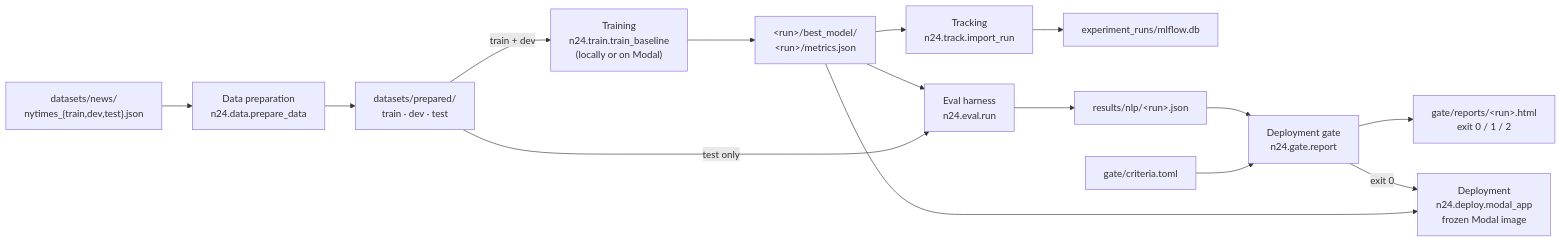
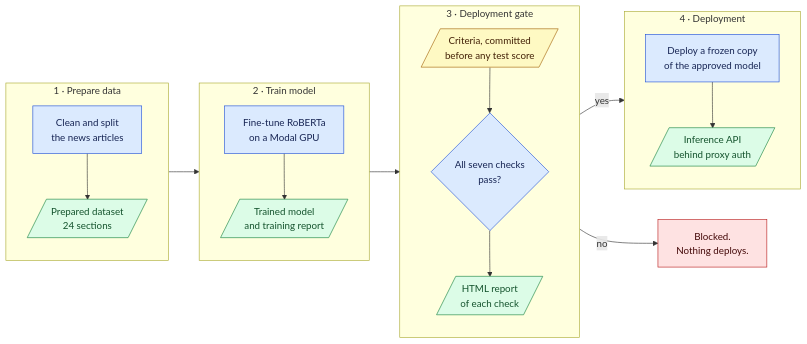
The diagram in README.md (gvkannan-explore/MultiLabel_N24), drawn with Mermaid before and after one commit. The commit also changed other lines of this file and 3 other files, not shown here.

First line of the commit message:
Add an executive pipeline diagram and a system diagram

````diff
--- a/README.md
+++ b/README.md
@@ -11,17 +17,33 @@
 ```mermaid
 flowchart LR
-    raw["datasets/news/<br/>nytimes_{train,dev,test}.json"] --> prep["Data preparation<br/>n24.data.prepare_data"]
-    prep --> prepared["datasets/prepared/<br/>train · dev · test"]
-    prepared -- "train + dev" --> train["Training<br/>n24.train.train_baseline<br/>(locally or on Modal)"]
-    train --> run["&lt;run&gt;/best_model/<br/>&lt;run&gt;/metrics.json"]
-    run --> track["Tracking<br/>n24.track.import_run"]
-    track --> mlflow["experiment_runs/mlflow.db"]
-    run --> eval["Eval harness<br/>n24.eval.run"]
-    prepared -- "test only" --> eval
-    eval --> results["results/nlp/&lt;run&gt;.json"]
-    results --> gate["Deployment gate<br/>n24.gate.report"]
-    criteria["gate/criteria.toml"] --> gate
-    gate --> report["gate/reports/&lt;run&gt;.html<br/>exit 0 / 1 / 2"]
-    gate -- "exit 0" --> deploy["Deployment<br/>n24.deploy.modal_app<br/>frozen Modal image"]
-    run --> deploy
+    subgraph s1["1 · Prepare data"]
+        direction TB
+        p1["Clean and split<br/>the news articles"] --> a1[/"Prepared dataset<br/>24 sections"/]
+    end
+    subgraph s2["2 · Train model"]
+        direction TB
+        p2["Fine-tune RoBERTa<br/>on a Modal GPU"] --> a2[/"Trained model<br/>and training report"/]
+    end
+    subgraph s3["3 · Deployment gate"]
+        direction TB
+        c3[/"Criteria, committed<br/>before any test score"/] --> p3{"All seven checks<br/>pass?"} --> a3[/"HTML report<br/>of each check"/]
+    end
+    subgraph s4["4 · Deployment"]
+        direction TB
+        p4["Deploy a frozen copy<br/>of the approved model"] --> a4[/"Inference API<br/>behind proxy auth"/]
+    end
+    blocked["Blocked.<br/>Nothing deploys."]
+
+    s1 --> s2 --> s3
+    s3 -- "yes" --> s4
+    s3 -- "no" --> blocked
+
+    classDef step fill:#dbeafe,stroke:#1d4ed8,color:#172554
+    classDef artifact fill:#dcfce7,stroke:#15803d,color:#14532d
+    classDef input fill:#fef9c3,stroke:#a16207,color:#422006
+    classDef stop fill:#fee2e2,stroke:#b91c1c,color:#450a0a
+    class p1,p2,p3,p4 step
+    class a1,a2,a3,a4 artifact
+    class c3 input
+    class blocked stop
 ```
````
